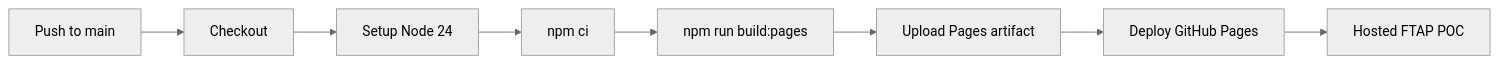
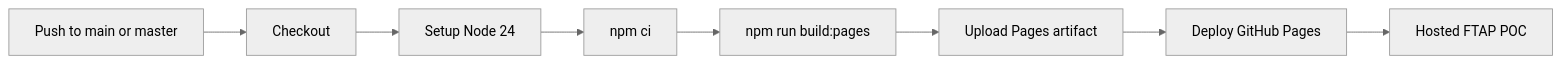
The third of 3 diagrams in README.md (rgalor-ca/openspeedtest-ftap-poc), drawn with Mermaid (neutral theme) before and after one commit. The commit also changed other lines of this file and 19 other files, not shown here.

````diff
--- a/README.md
+++ b/README.md
@@ -260,13 +273,13 @@
 ```mermaid
 flowchart LR
-  Push["Push to main"]
+  Push["Push to main or master"]
   Checkout["Checkout"]
   Node["Setup Node 24"]
   Install["npm ci"]
   Build["npm run build:pages"]
   Artifact["Upload Pages artifact"]
   Deploy["Deploy GitHub Pages"]
   Site["Hosted FTAP POC"]
 
   Push --> Checkout --> Node --> Install --> Build --> Artifact --> Deploy --> Site
 ```
````
